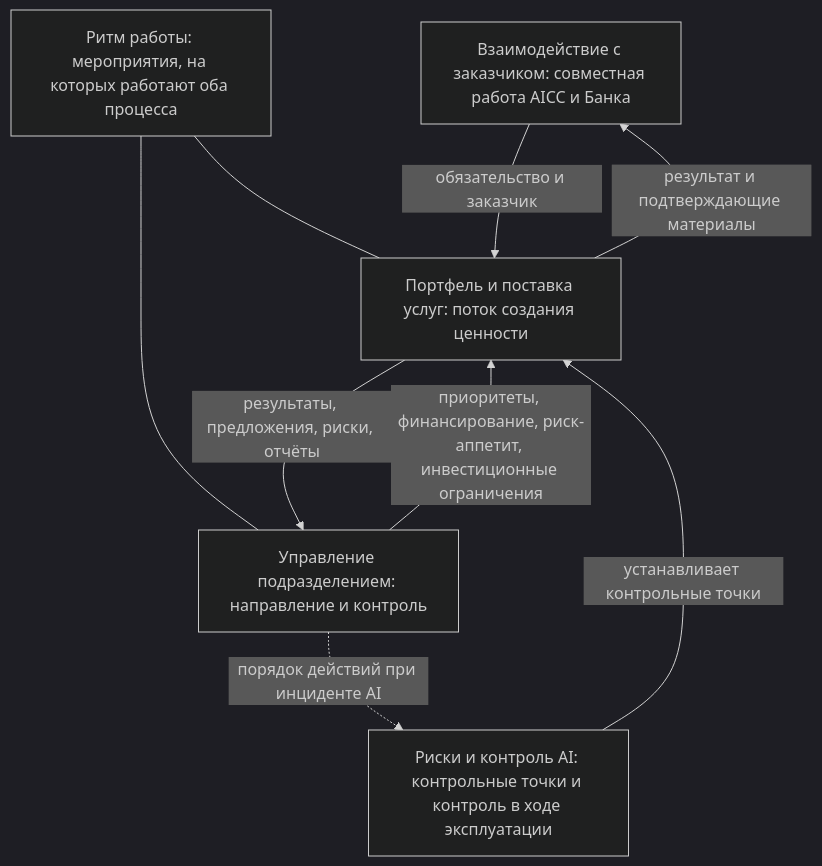
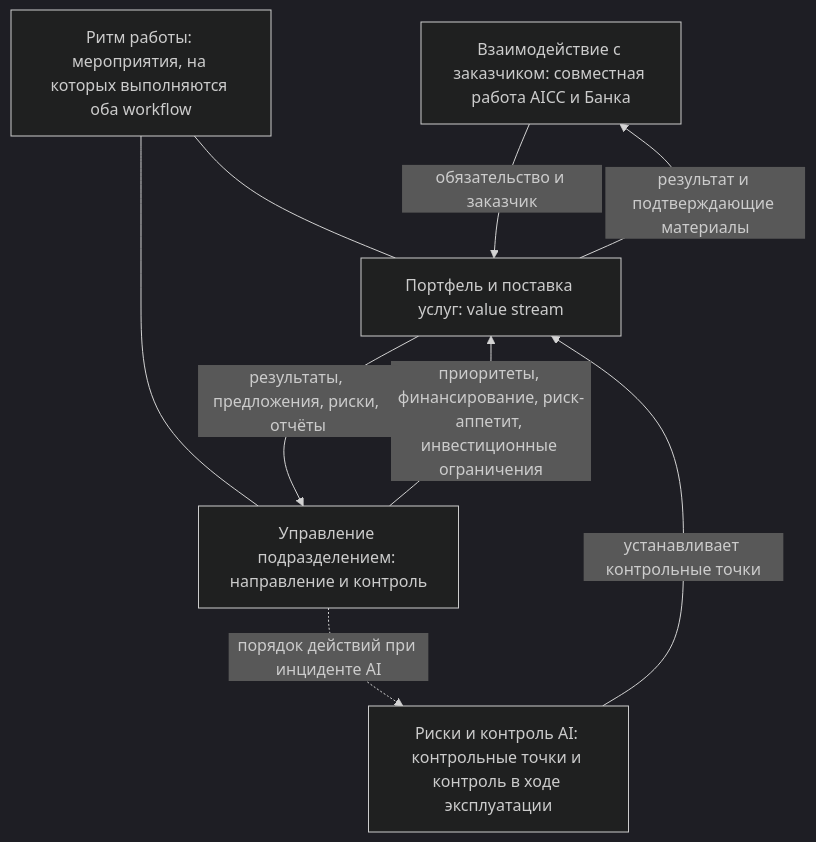
One commit to devhogu/ob-aicc changed the diagram in charter/ru/workflows/README.md. Above: the diagram before and after it, drawn with Mermaid (dark theme). The commit also changed other lines of this file and 150 other files, not shown here.

````diff
--- a/charter/ru/workflows/README.md
+++ b/charter/ru/workflows/README.md
@@ -24,16 +24,16 @@
 ```mermaid
 flowchart TB
   E["Взаимодействие с заказчиком: совместная работа AICC и Банка"]
   G["Управление подразделением: направление и контроль"]
-  S["Портфель и поставка услуг: поток создания ценности"]
+  S["Портфель и поставка услуг: value stream"]
   R["Риски и контроль AI: контрольные точки и контроль в ходе эксплуатации"]
-  C["Ритм работы: мероприятия, на которых работают оба процесса"]
+  C["Ритм работы: мероприятия, на которых выполняются оба workflow"]
   E -->|"обязательство и заказчик"| S
   S -->|"результат и подтверждающие материалы"| E
   G -->|"приоритеты, финансирование, риск-аппетит, инвестиционные ограничения"| S
   S -->|"результаты, предложения, риски, отчёты"| G
   R -->|"устанавливает контрольные точки"| S
   G -.->|"порядок действий при инциденте AI"| R
   C --- G
   C --- S
 ```
````
